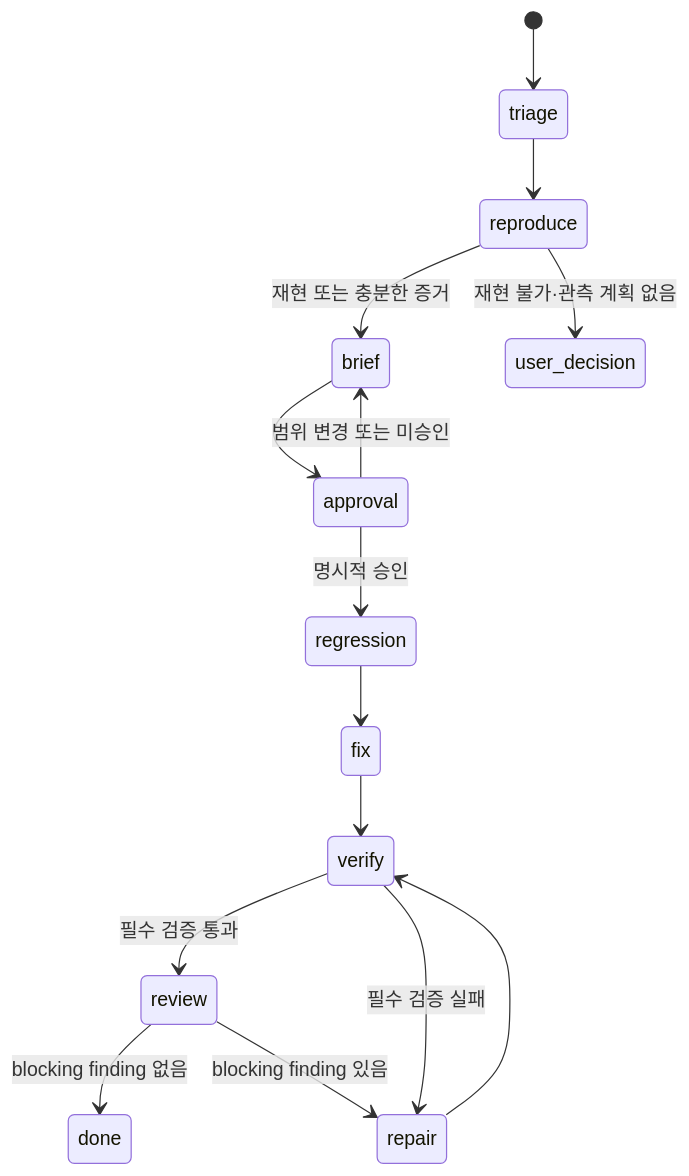
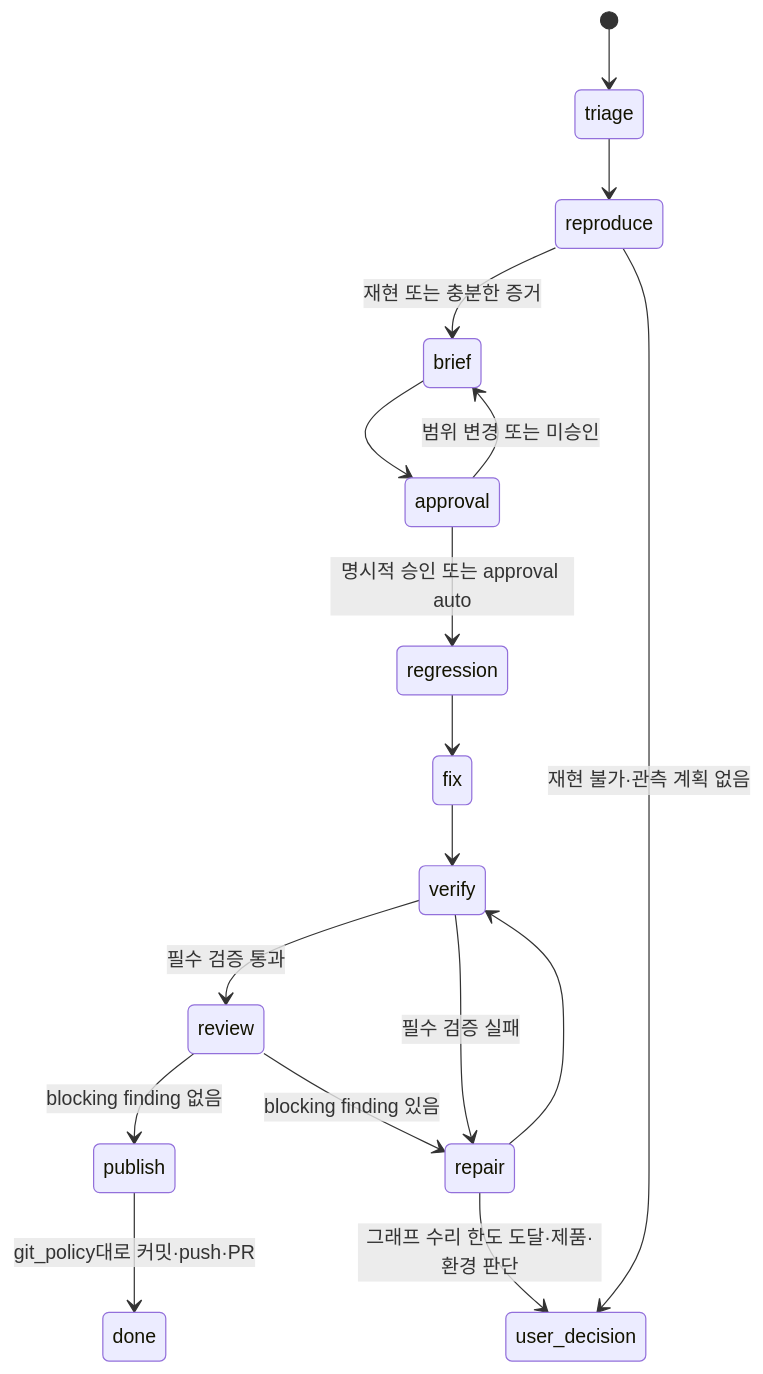
Before and after one commit to cano721/ai-harness: the third of 4 diagrams in README.md, drawn with Mermaid. The commit also changed other lines of this file and 20 other files, not shown here.

First line of the commit message:
feat: 위임 구현이 사람 질문 없이 PR까지 간다 (git_policy·approval 모드·publish 노드·수리 한도 10) (#132)

````diff
--- a/README.md
+++ b/README.md
@@ -261,17 +269,19 @@
 ```mermaid
 stateDiagram-v2
     [*] --> triage
     triage --> reproduce
     reproduce --> brief: 재현 또는 충분한 증거
     reproduce --> user_decision: 재현 불가·관측 계획 없음
     brief --> approval
     approval --> brief: 범위 변경 또는 미승인
-    approval --> regression: 명시적 승인
+    approval --> regression: 명시적 승인 또는 approval auto
     regression --> fix
     fix --> verify
     verify --> review: 필수 검증 통과
     verify --> repair: 필수 검증 실패
-    review --> done: blocking finding 없음
+    review --> publish: blocking finding 없음
     review --> repair: blocking finding 있음
     repair --> verify
+    repair --> user_decision: 그래프 수리 한도 도달·제품·환경 판단
+    publish --> done: git_policy대로 커밋·push·PR
 ```
````
